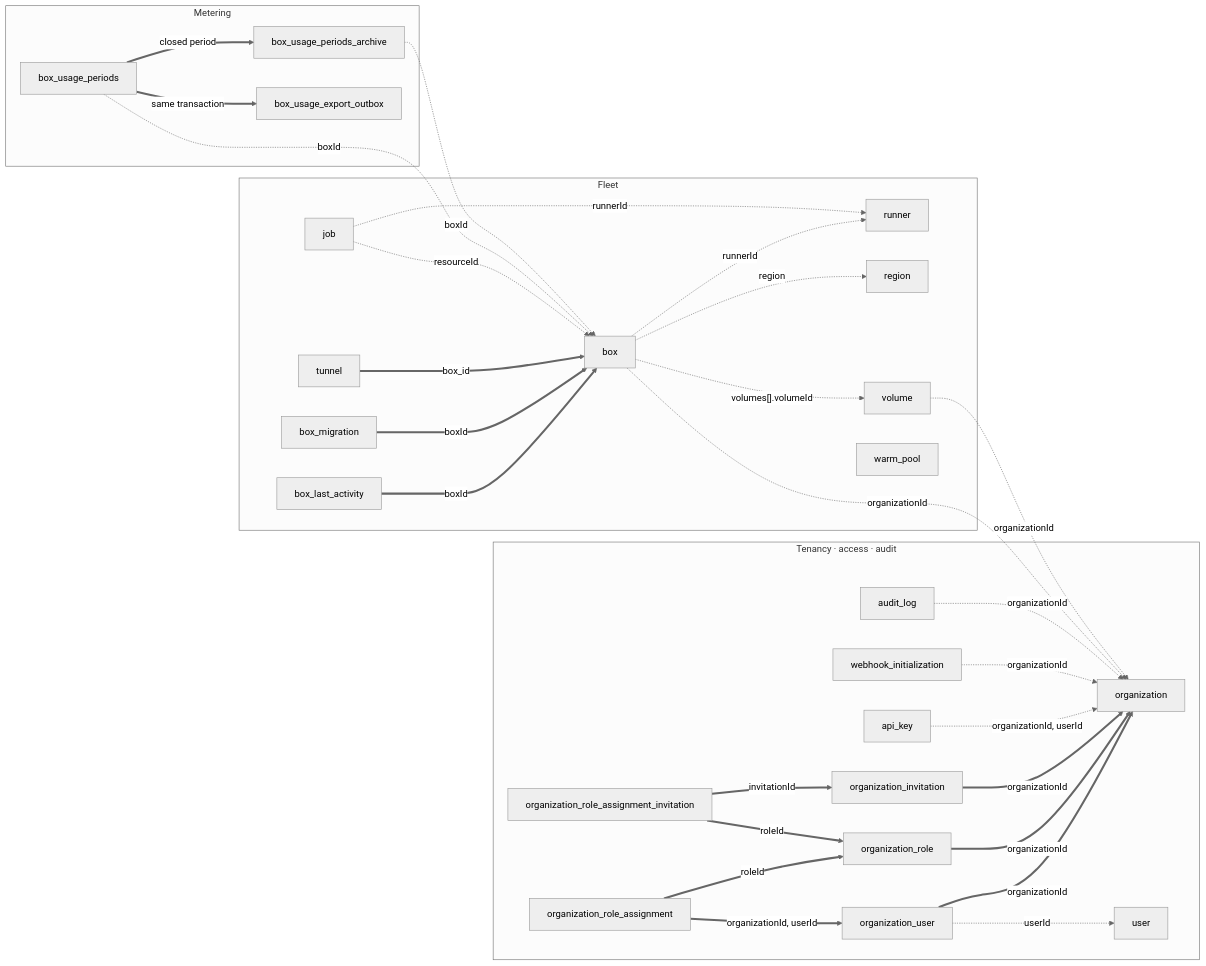
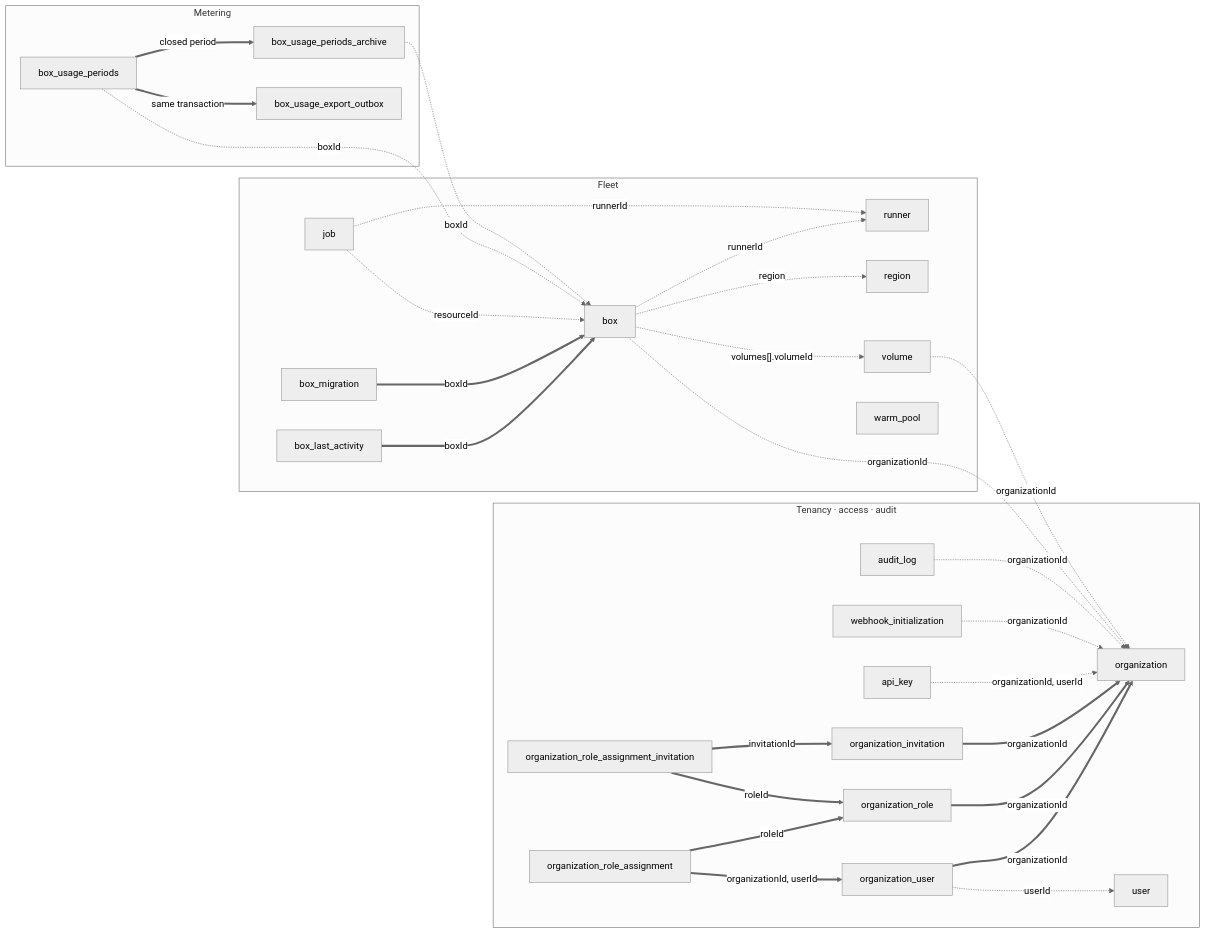
The diagram in apps/SCHEMA.md (boxlite-ai/boxlite), drawn with Mermaid (neutral theme) before and after one commit. The commit also changed other lines of this file and 13 other files, not shown here.

First line of the commit message:
Revert "feat(api): persist public tunnel access by box port (#1723)"

````diff
--- a/apps/SCHEMA.md
+++ b/apps/SCHEMA.md
@@ -34,60 +34,58 @@
 ```mermaid
 flowchart LR
     subgraph tenancy["Tenancy · access · audit"]
         t_org["organization"]
         t_orguser["organization_user"]
         t_role["organization_role"]
         t_invite["organization_invitation"]
         t_assign["organization_role_assignment"]
         t_assigninv["organization_role_assignment_invitation"]
         t_user["user"]
         t_apikey["api_key"]
         t_webhook["webhook_initialization"]
         t_audit["audit_log"]
     end
 
     subgraph fleet["Fleet"]
         t_box["box"]
         t_activity["box_last_activity"]
         t_migration["box_migration"]
-        t_tunnel["tunnel"]
         t_runner["runner"]
         t_region["region"]
         t_volume["volume"]
         t_job["job"]
         t_warm["warm_pool"]
     end
 
     subgraph metering["Metering"]
         t_period["box_usage_periods"]
         t_archive["box_usage_periods_archive"]
         t_outbox["box_usage_export_outbox"]
     end
 
     t_orguser ==>|"organizationId"| t_org
     t_role ==>|"organizationId"| t_org
     t_invite ==>|"organizationId"| t_org
     t_assign ==>|"organizationId, userId"| t_orguser
     t_assign ==>|"roleId"| t_role
     t_assigninv ==>|"invitationId"| t_invite
     t_assigninv ==>|"roleId"| t_role
     t_activity ==>|"boxId"| t_box
     t_migration ==>|"boxId"| t_box
-    t_tunnel ==>|"box_id"| t_box
 
     t_orguser -.->|"userId"| t_user
     t_apikey -.->|"organizationId, userId"| t_org
     t_webhook -.->|"organizationId"| t_org
     t_audit -.->|"organizationId"| t_org
     t_box -.->|"organizationId"| t_org
     t_box -.->|"region"| t_region
     t_box -.->|"runnerId"| t_runner
     t_box -.->|"volumes[].volumeId"| t_volume
     t_volume -.->|"organizationId"| t_org
     t_job -.->|"resourceId"| t_box
     t_job -.->|"runnerId"| t_runner
     t_period -.->|"boxId"| t_box
     t_archive -.->|"boxId"| t_box
     t_period ==>|"closed period"| t_archive
     t_period ==>|"same transaction"| t_outbox
 ```
````
